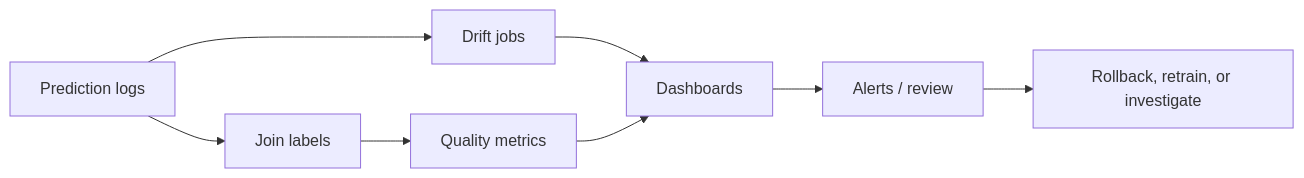
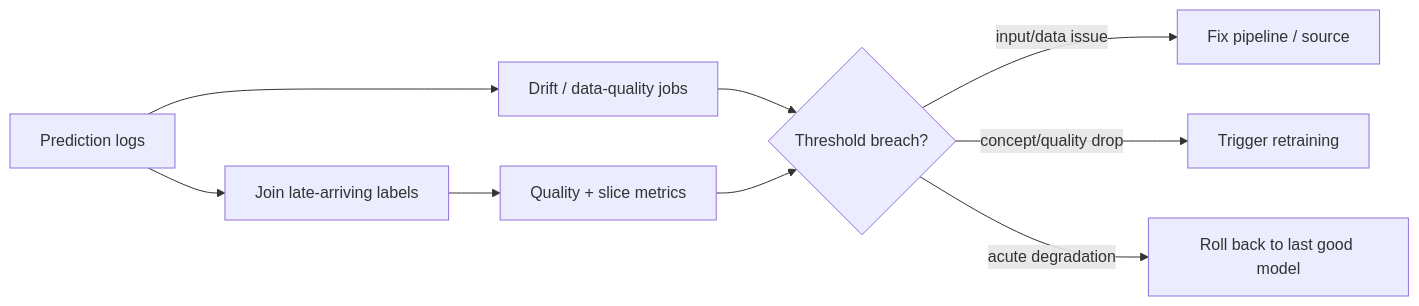
Before and after one commit to binarydevelop/system-design-patterns: the second of 2 diagrams in 16-ml-systems/04-model-monitoring.md, drawn with Mermaid. The commit also changed other lines of this file and 5 other files, not shown here.

````diff
--- a/16-ml-systems/04-model-monitoring.md
+++ b/16-ml-systems/04-model-monitoring.md
@@ -166,10 +146,11 @@
 ```mermaid
 flowchart LR
-    LOG["Prediction logs"] --> JOIN["Join labels"]
-    LOG --> DRIFT["Drift jobs"]
-    JOIN --> QUALITY["Quality metrics"]
-    DRIFT --> DASH["Dashboards"]
-    QUALITY --> DASH
-    DASH --> ALERT["Alerts / review"]
-    ALERT --> ACTION["Rollback, retrain, or investigate"]
+    LOG["Prediction logs"] --> DRIFT["Drift / data-quality jobs"]
+    LOG --> JOIN["Join late-arriving labels"]
+    JOIN --> QUALITY["Quality + slice metrics"]
+    DRIFT --> EVAL{"Threshold breach?"}
+    QUALITY --> EVAL
+    EVAL -->|"input/data issue"| UPSTREAM["Fix pipeline / source"]
+    EVAL -->|"concept/quality drop"| RETRAIN["Trigger retraining"]
+    EVAL -->|"acute degradation"| ROLLBACK["Roll back to last good model"]
 ```
````
